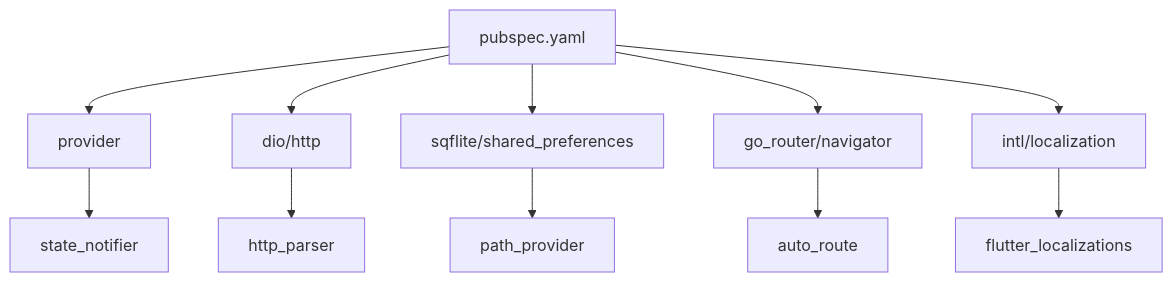
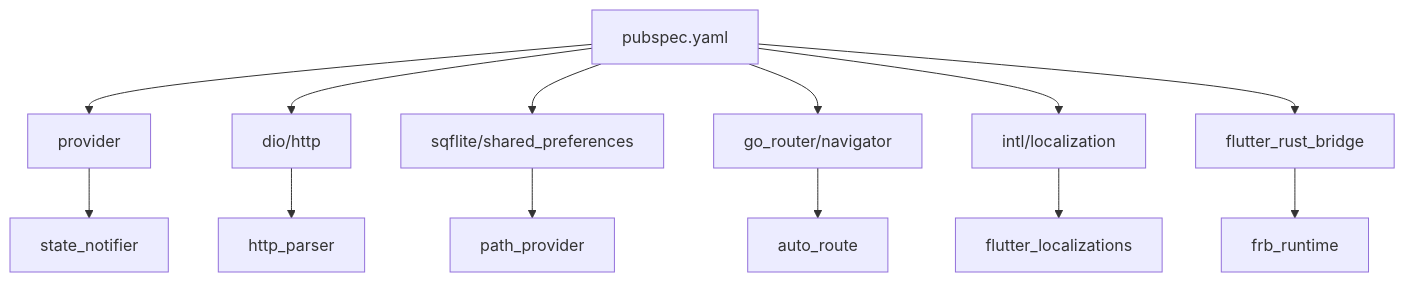
Before and after one commit to ZhangGHGitHub/LegadoTeamFlutter: the tenth of 10 diagrams in .qoder/repowiki/zh/content/开发指南/项目结构/Flutter项目结构.md, drawn with Mermaid. The commit also changed other lines of this file and 173 other files, not shown here.

````diff
--- a/.qoder/repowiki/zh/content/开发指南/项目结构/Flutter项目结构.md
+++ b/.qoder/repowiki/zh/content/开发指南/项目结构/Flutter项目结构.md
@@ -364,13 +403,15 @@
 ```mermaid
 graph TB
 P["pubspec.yaml"] --> D1["provider"]
 P --> D2["dio/http"]
 P --> D3["sqflite/shared_preferences"]
 P --> D4["go_router/navigator"]
 P --> D5["intl/localization"]
+P --> D6["flutter_rust_bridge"]
 D1 --> D1a["state_notifier"]
 D2 --> D2a["http_parser"]
 D3 --> D3a["path_provider"]
 D4 --> D4a["auto_route"]
 D5 --> D5a["flutter_localizations"]
+D6 --> D6a["frb_runtime"]
 ```
````
